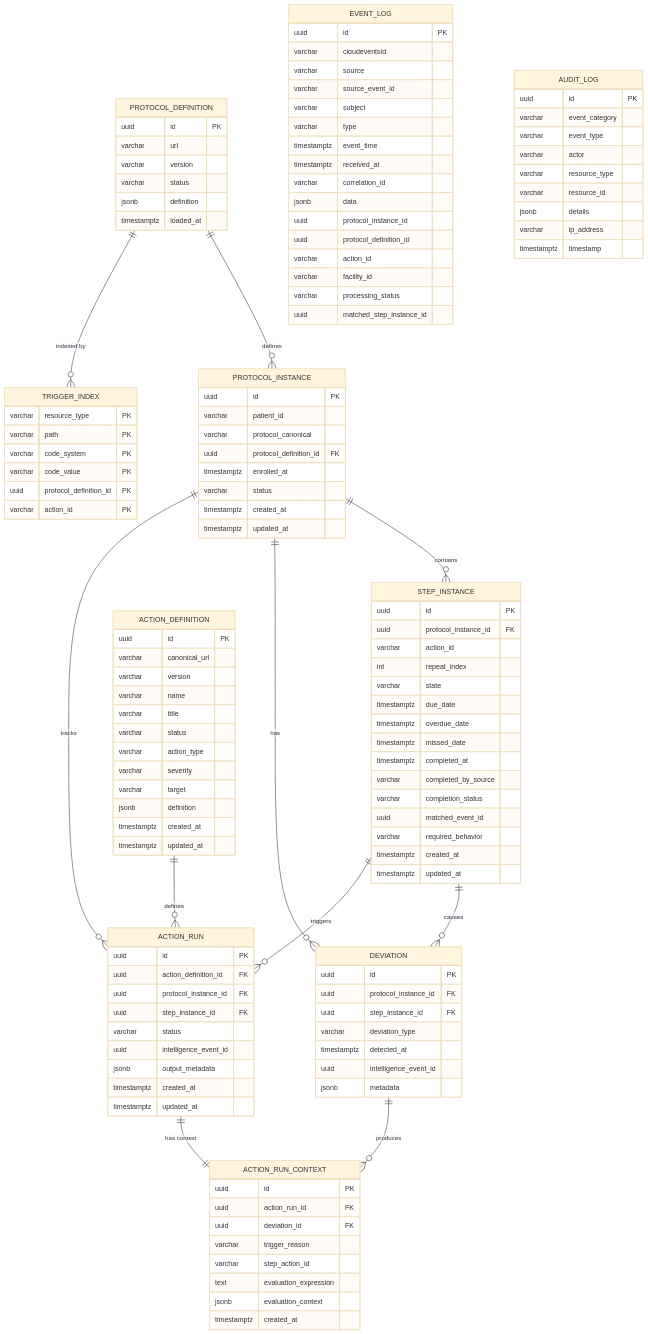
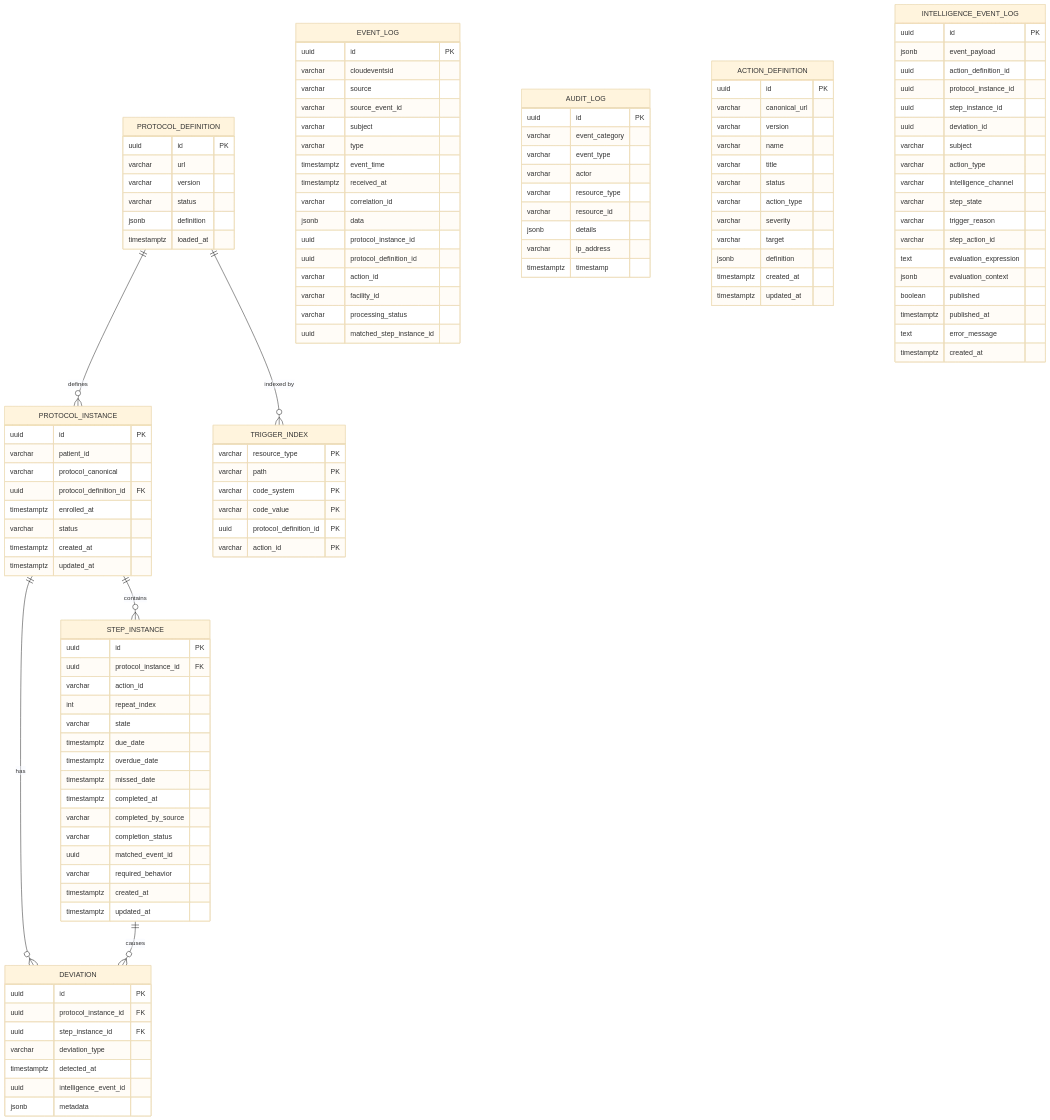
Before and after one commit to Jayaprakash8887/cce-compliance-service: the diagram in docs/data-dictionary.md, drawn with Mermaid (base theme). The commit also changed other lines of this file and 31 other files, not shown here.

Commit message:
Removal of action_run and action_run_context tables. Creation of intelligence_event_log  table.

````diff
--- a/docs/data-dictionary.md
+++ b/docs/data-dictionary.md
@@ -34,10 +33,7 @@
     PROTOCOL_DEFINITION ||--o{ TRIGGER_INDEX : "indexed by"
     PROTOCOL_INSTANCE ||--o{ STEP_INSTANCE : "contains"
     PROTOCOL_INSTANCE ||--o{ DEVIATION : "has"
-    PROTOCOL_INSTANCE ||--o{ ACTION_RUN : "tracks"
     STEP_INSTANCE ||--o{ DEVIATION : "causes"
-    STEP_INSTANCE ||--o{ ACTION_RUN : "triggers"
-    ACTION_DEFINITION ||--o{ ACTION_RUN : "defines"
 
     PROTOCOL_DEFINITION {
         uuid id PK
@@ -142,29 +138,24 @@
         timestamptz updated_at
     }
 
-    ACTION_RUN {
+    INTELLIGENCE_EVENT_LOG {
         uuid id PK
-        uuid action_definition_id FK
-        uuid protocol_instance_id FK
-        uuid step_instance_id FK
-        varchar status
-        uuid intelligence_event_id
-        jsonb output_metadata
-        timestamptz created_at
-        timestamptz updated_at
-    }
-
-    ACTION_RUN_CONTEXT {
-        uuid id PK
-        uuid action_run_id FK
-        uuid deviation_id FK
+        jsonb event_payload
+        uuid action_definition_id
+        uuid protocol_instance_id
+        uuid step_instance_id
+        uuid deviation_id
+        varchar subject
+        varchar action_type
+        varchar intelligence_channel
+        varchar step_state
         varchar trigger_reason
         varchar step_action_id
         text evaluation_expression
         jsonb evaluation_context
+        boolean published
+        timestamptz published_at
+        text error_message
         timestamptz created_at
     }
-
-    ACTION_RUN ||--|| ACTION_RUN_CONTEXT : "has context"
-    DEVIATION ||--o{ ACTION_RUN_CONTEXT : "produces"
 ```
````
